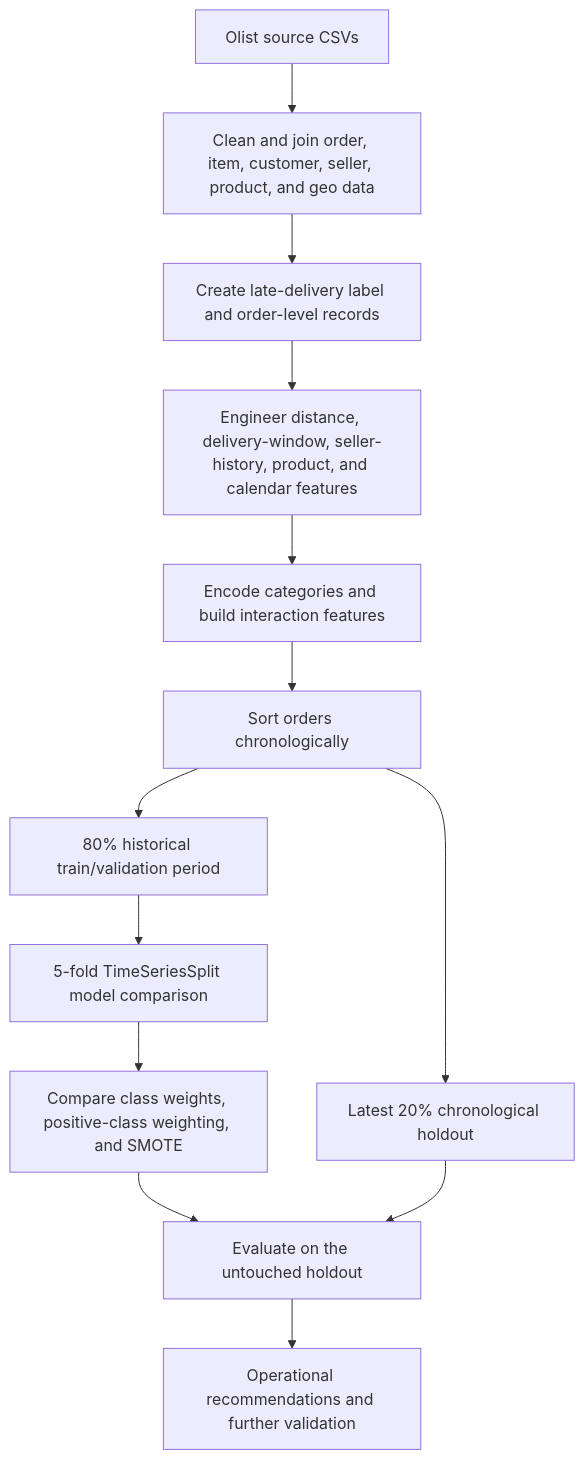
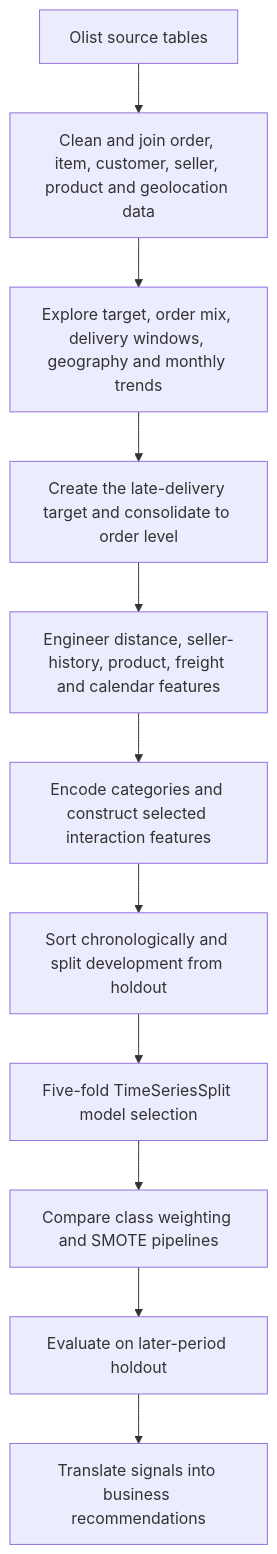
The diagram in README.md (Ed-Yeung/Olist-e-commerce-late-delivery-classification-), drawn with Mermaid before and after one commit. The commit also changed other lines of this file and 15 other files, not shown here.

````diff
--- a/README.md
+++ b/README.md
@@ -106,15 +159,13 @@
 ```mermaid
 flowchart TD
-    A[Olist source CSVs] --> B[Clean and join order, item, customer, seller, product, and geo data]
-    B --> C[Create late-delivery label and order-level records]
-    C --> D[Engineer distance, delivery-window, seller-history, product, and calendar features]
-    D --> E[Encode categories and build interaction features]
-    E --> F[Sort orders chronologically]
-    F --> G[80% historical train/validation period]
-    F --> H[Latest 20% chronological holdout]
-    G --> I[5-fold TimeSeriesSplit model comparison]
-    I --> J[Compare class weights, positive-class weighting, and SMOTE]
-    J --> K[Evaluate on the untouched holdout]
-    H --> K
-    K --> L[Operational recommendations and further validation]
+    A[Olist source tables] --> B[Clean and join order, item, customer, seller, product and geolocation data]
+    B --> C[Explore target, order mix, delivery windows, geography and monthly trends]
+    C --> D[Create the late-delivery target and consolidate to order level]
+    D --> E[Engineer distance, seller-history, product, freight and calendar features]
+    E --> F[Encode categories and construct selected interaction features]
+    F --> G[Sort chronologically and split development from holdout]
+    G --> H[Five-fold TimeSeriesSplit model selection]
+    H --> I[Compare class weighting and SMOTE pipelines]
+    I --> J[Evaluate on later-period holdout]
+    J --> K[Translate signals into business recommendations]
 ```
````
